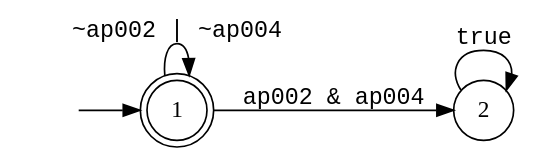
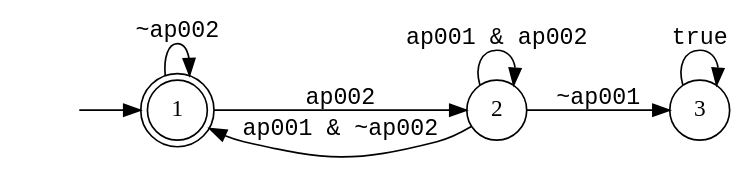
One commit to cais-psu/cais-spade-llm changed the diagram in cais_spade_llm/safety/SAFE_2_dfa.dot. Above: the diagram before and after it, drawn with Graphviz. The commit also changed 38 other files, not shown here.

```diff
--- a/cais_spade_llm/safety/SAFE_2_dfa.dot
+++ b/cais_spade_llm/safety/SAFE_2_dfa.dot
@@ -1,14 +1,17 @@
 digraph MONA_DFA {
  rankdir = LR;
  center = true;
  size = "7.5,10.5";
  edge [fontname = Courier];
  node [height = .5, width = .5];
  node [shape = doublecircle]; 1;
  node [shape = circle]; 1;
  init [shape = plaintext, label = ""];
  init -> 1;
- 1 -> 1 [label="~ap002 | ~ap004"];
- 1 -> 2 [label="ap002 & ap004"];
- 2 -> 2 [label="true"];
+ 1 -> 1 [label="~ap002"];
+ 1 -> 2 [label="ap002"];
+ 2 -> 3 [label="~ap001"];
+ 2 -> 1 [label="ap001 & ~ap002"];
+ 2 -> 2 [label="ap001 & ap002"];
+ 3 -> 3 [label="true"];
 }
```
